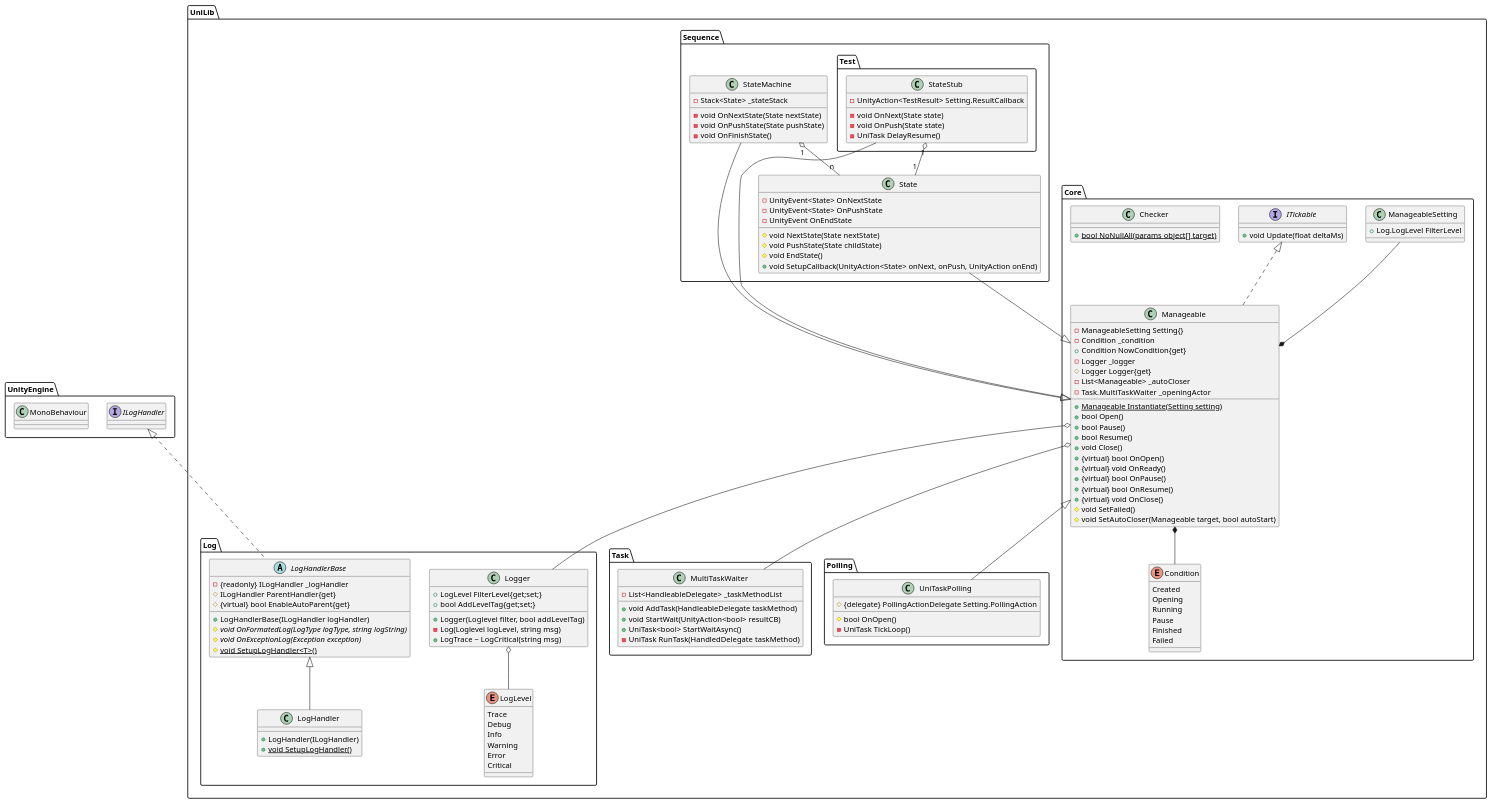
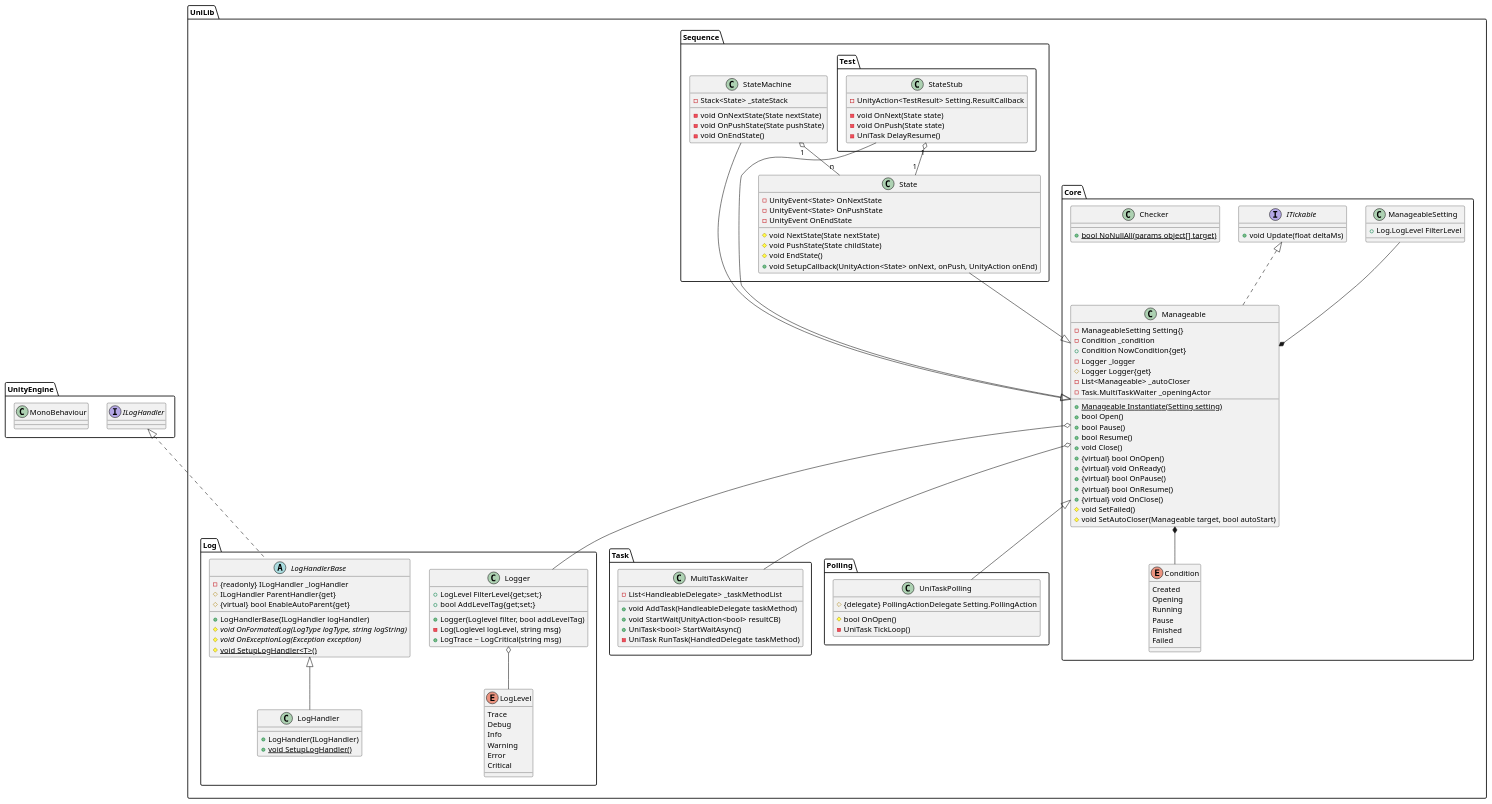
One commit to j-sato-t/unity_libs changed the diagram in README.md. Above: the diagram before and after it, drawn with PlantUML. The commit also changed 7 other files, not shown here.

```diff
--- a/README.md
+++ b/README.md
@@ -136,7 +136,7 @@
         
         - void OnNextState(State nextState)
         - void OnPushState(State pushState)
-        - void OnFinishState()
+        - void OnEndState()
     }
     StateMachine --|> Manageable
 
```
